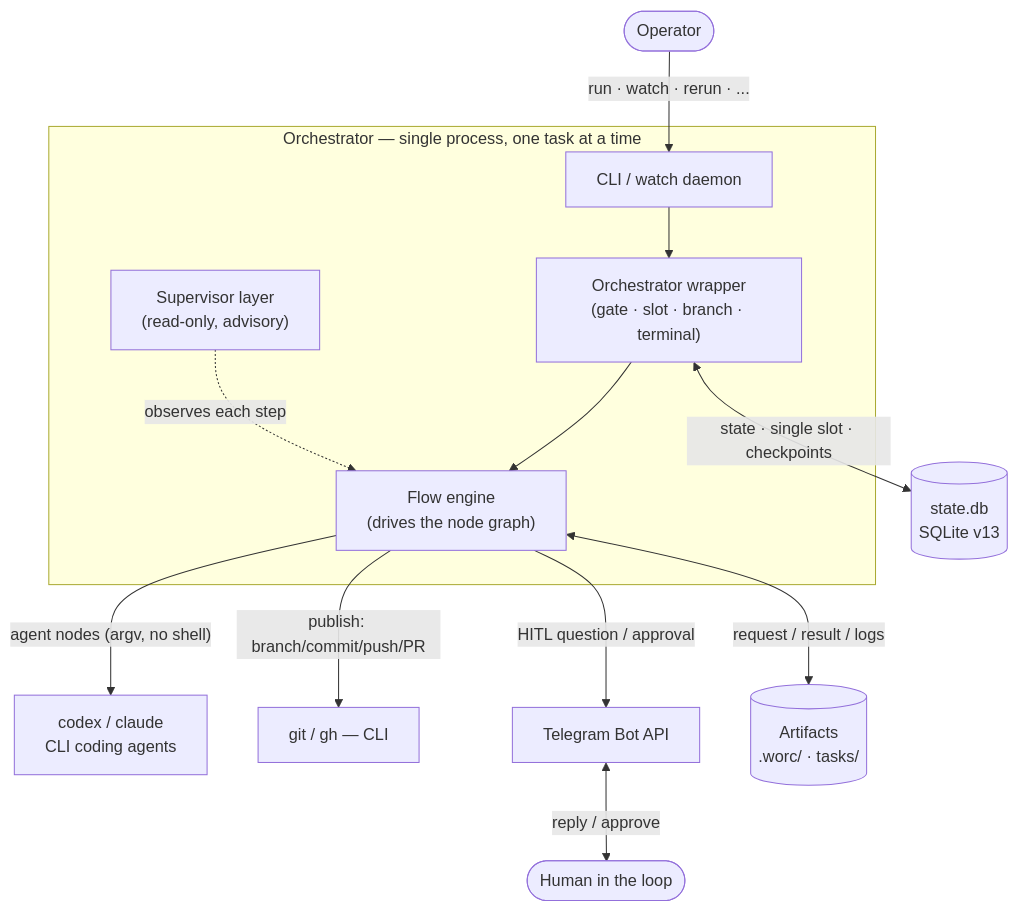
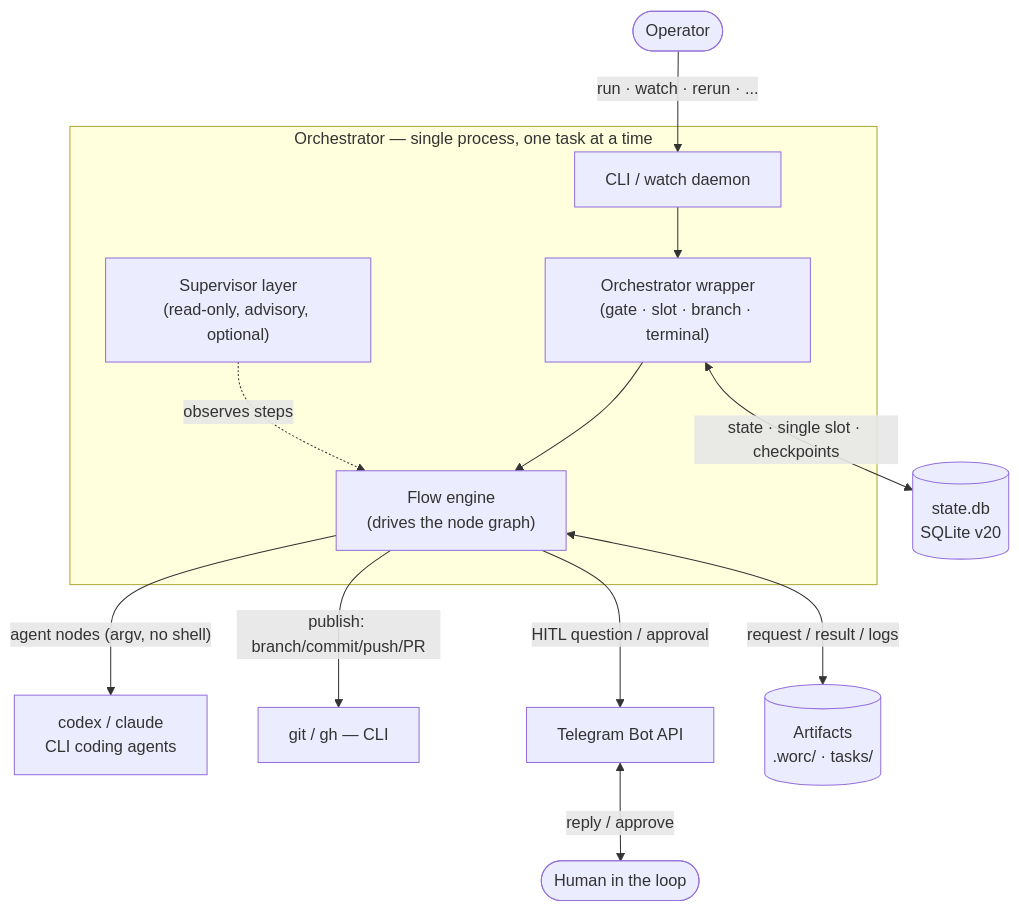
The first of 3 diagrams in docs/worc_architecture.md (VladimirMakarevich/wastech-orchestrator), drawn with Mermaid before and after one commit. The commit also changed other lines of this file and 23 other files, not shown here.

First line of the commit message:
docs: enhance documentation and configuration for task flows

````diff
--- a/docs/worc_architecture.md
+++ b/docs/worc_architecture.md
@@ -30,28 +30,28 @@
 ```mermaid
 flowchart TB
     operator(["Operator"])
     human(["Human in the loop"])
 
     subgraph orc["Orchestrator — single process, one task at a time"]
         cli["CLI / watch daemon"]
         wrap["Orchestrator wrapper<br/>(gate · slot · branch · terminal)"]
         engine["Flow engine<br/>(drives the node graph)"]
-        sup["Supervisor layer<br/>(read-only, advisory)"]
+        sup["Supervisor layer<br/>(read-only, advisory, optional)"]
         cli --> wrap --> engine
-        sup -. observes each step .-> engine
+        sup -. observes steps .-> engine
     end
 
     agents["codex / claude<br/>CLI coding agents"]
     vcs["git / gh — CLI"]
     tg["Telegram Bot API"]
-    db[("state.db<br/>SQLite v13")]
+    db[("state.db<br/>SQLite v20")]
     art[("Artifacts<br/>.worc/ · tasks/")]
 
     operator -->|"run · watch · rerun · ..."| cli
     engine -->|"agent nodes (argv, no shell)"| agents
     engine -->|"publish: branch/commit/push/PR"| vcs
     engine -->|"HITL question / approval"| tg
     tg <-->|"reply / approve"| human
     wrap <-->|"state · single slot · checkpoints"| db
     engine <-->|"request / result / logs"| art
 ```
````
